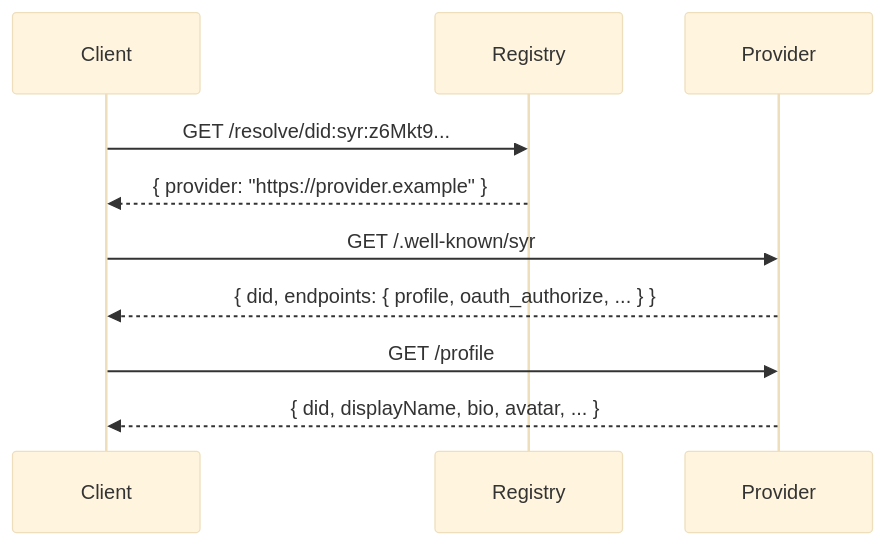
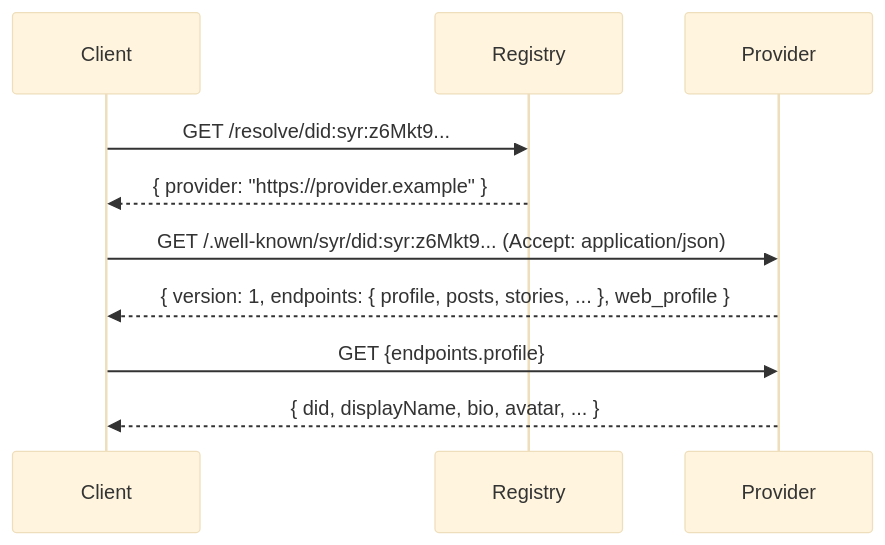
One commit to syr-is/syr changed the diagram in apps/docs/app/src/routes/architecture/provider-service/+page.md. Above: the diagram before and after it, drawn with Mermaid (base theme). The commit also changed other lines of this file and 42 other files, not shown here.

````diff
--- a/apps/docs/app/src/routes/architecture/provider-service/+page.md
+++ b/apps/docs/app/src/routes/architecture/provider-service/+page.md
@@ -77,13 +114,13 @@
 ```mermaid
 sequenceDiagram
     participant Client
     participant Registry
     participant Provider
 
     Client->>Registry: GET /resolve/did:syr:z6Mkt9...
     Registry-->>Client: { provider: "https://provider.example" }
-    Client->>Provider: GET /.well-known/syr
-    Provider-->>Client: { did, endpoints: { profile, oauth_authorize, ... } }
-    Client->>Provider: GET /profile
+    Client->>Provider: GET /.well-known/syr/did:syr:z6Mkt9... (Accept: application/json)
+    Provider-->>Client: { version: 1, endpoints: { profile, posts, stories, ... }, web_profile }
+    Client->>Provider: GET {endpoints.profile}
     Provider-->>Client: { did, displayName, bio, avatar, ... }
 ```
````
